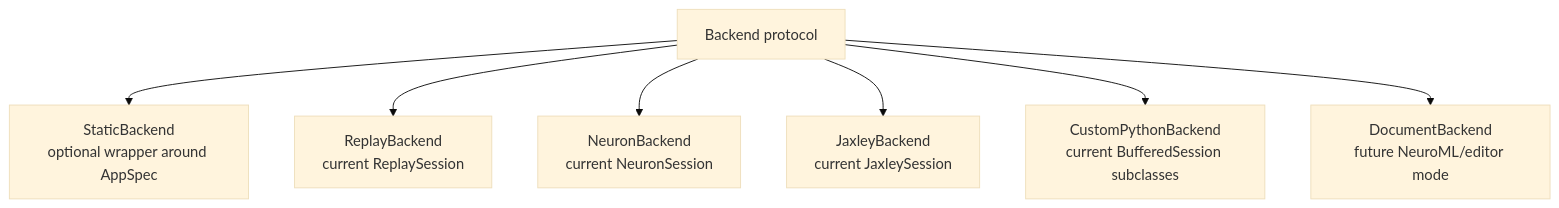
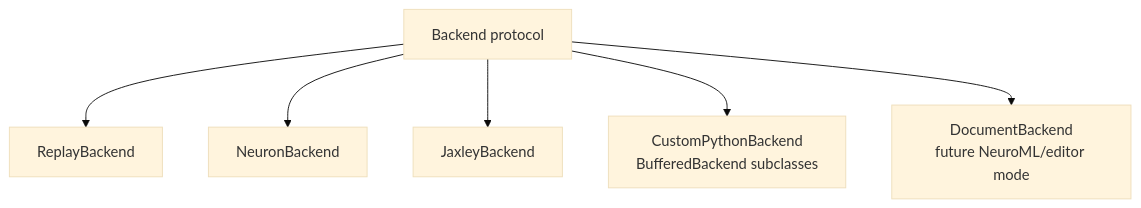
Diagram 17 of 21 in docs/architecture/design/proposals/backend-transport-frontend-proposal.md (orrenravid1/CompartmentalNeuronGUI), drawn with Mermaid (base theme) before and after one commit. The commit also changed other lines of this file and 31 other files, not shown here.

````diff
--- a/docs/architecture/design/proposals/backend-transport-frontend-proposal.md
+++ b/docs/architecture/design/proposals/backend-transport-frontend-proposal.md
@@ -1358,17 +1504,15 @@
 ```mermaid
 flowchart TD
     Backend[Backend protocol]
-    Static[StaticBackend<br/>optional wrapper around AppSpec]
-    Replay[ReplayBackend<br/>current ReplaySession]
-    Neuron[NeuronBackend<br/>current NeuronSession]
-    Jaxley[JaxleyBackend<br/>current JaxleySession]
-    Custom[CustomPythonBackend<br/>current BufferedSession subclasses]
+    Replay[ReplayBackend]
+    Neuron[NeuronBackend]
+    Jaxley[JaxleyBackend]
+    Custom[CustomPythonBackend<br/>BufferedBackend subclasses]
     Document[DocumentBackend<br/>future NeuroML/editor mode]
 
-    Backend --> Static
     Backend --> Replay
     Backend --> Neuron
     Backend --> Jaxley
     Backend --> Custom
     Backend --> Document
 ```
````
